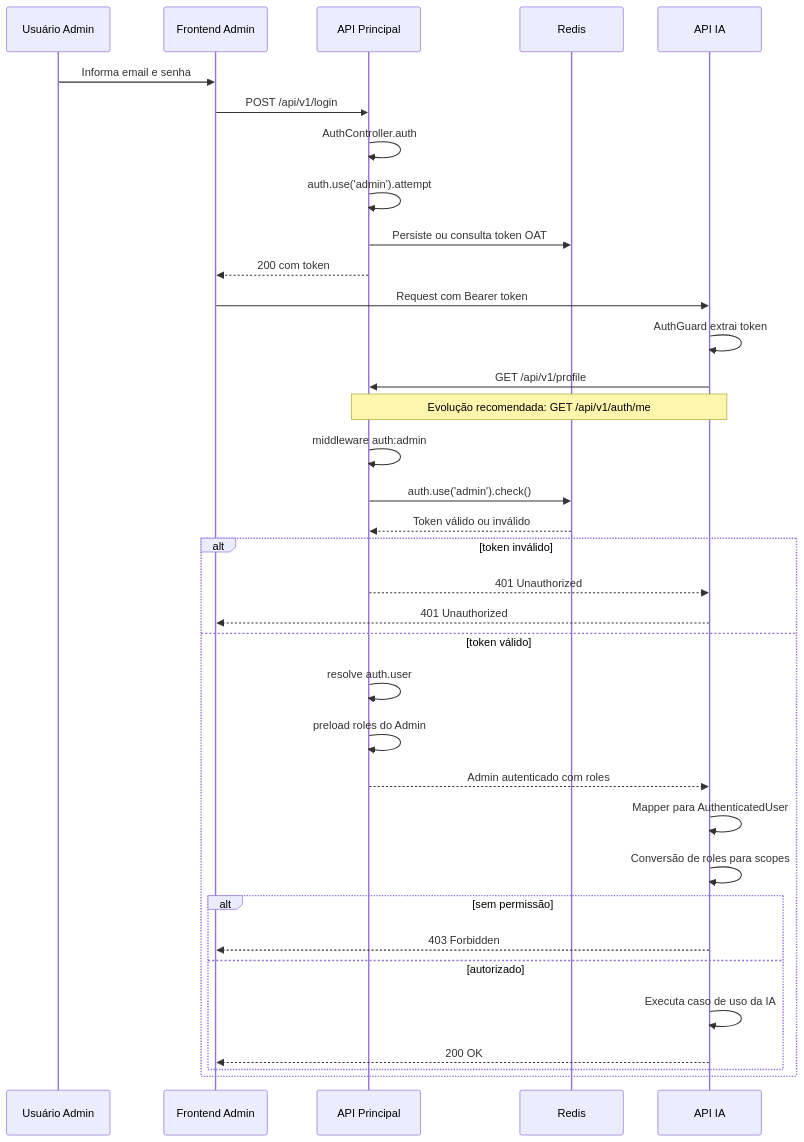
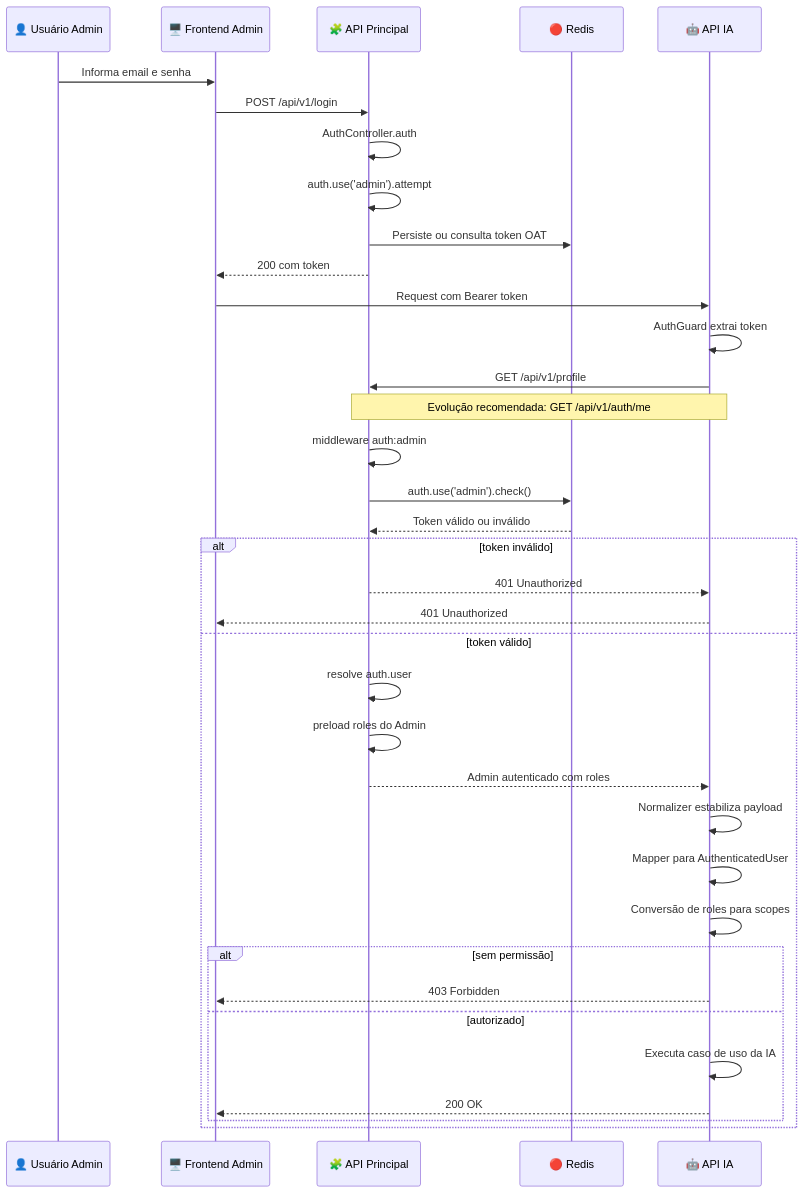
The fifth of 11 diagrams in RFC-0001-Auth.md (matheusdiamantino-betalent/IA), drawn with Mermaid before and after one commit. The commit also changed other lines of this file, not shown here.

````diff
--- a/RFC-0001-Auth.md
+++ b/RFC-0001-Auth.md
@@ -366,41 +494,42 @@
 ```mermaid
 sequenceDiagram
-    participant U as Usuário Admin
-    participant F as Frontend Admin
-    participant P as API Principal
-    participant R as Redis
-    participant I as API IA
+    participant U as 👤 Usuário Admin
+    participant F as 🖥️ Frontend Admin
+    participant P as 🧩 API Principal
+    participant R as 🔴 Redis
+    participant I as 🤖 API IA
 
     U->>F: Informa email e senha
     F->>P: POST /api/v1/login
     P->>P: AuthController.auth
     P->>P: auth.use('admin').attempt
     P->>R: Persiste ou consulta token OAT
     P-->>F: 200 com token
 
     F->>I: Request com Bearer token
     I->>I: AuthGuard extrai token
     I->>P: GET /api/v1/profile
     Note over I,P: Evolução recomendada: GET /api/v1/auth/me
     P->>P: middleware auth:admin
     P->>R: auth.use('admin').check()
     R-->>P: Token válido ou inválido
 
     alt token inválido
         P-->>I: 401 Unauthorized
         I-->>F: 401 Unauthorized
     else token válido
         P->>P: resolve auth.user
         P->>P: preload roles do Admin
         P-->>I: Admin autenticado com roles
+        I->>I: Normalizer estabiliza payload
         I->>I: Mapper para AuthenticatedUser
         I->>I: Conversão de roles para scopes
 
         alt sem permissão
             I-->>F: 403 Forbidden
         else autorizado
             I->>I: Executa caso de uso da IA
             I-->>F: 200 OK
         end
     end
 ```
````
